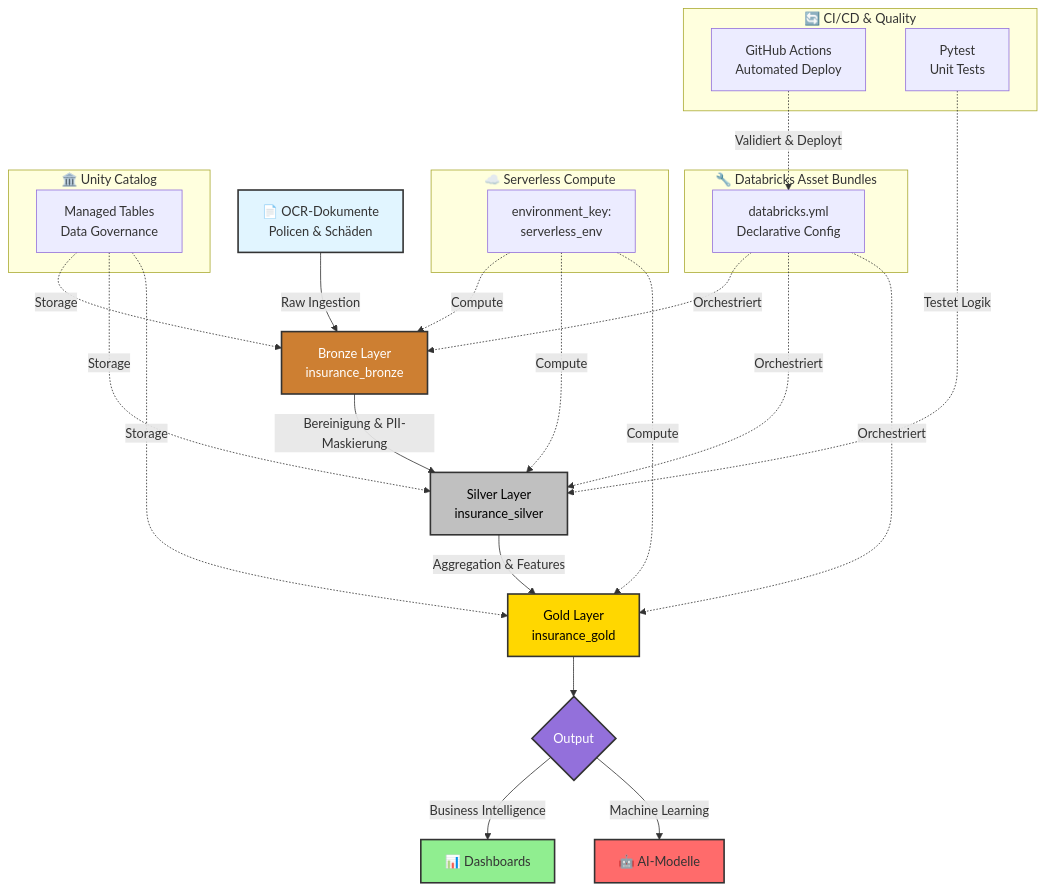
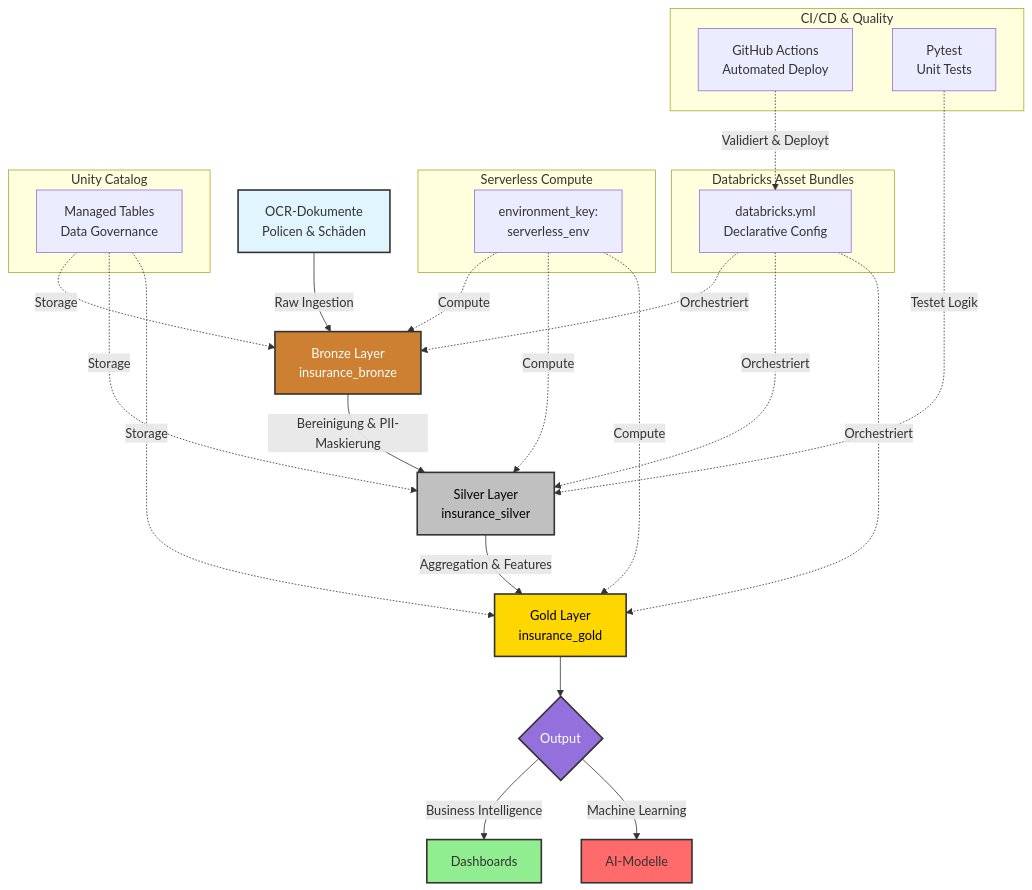
Before and after one commit to bkabiah/Databricks-Asset-Bundles-CI-CD-Pipeline-Mit-Versicherungsdaten: the diagram in README.md, drawn with Mermaid. The commit also changed other lines of this file, not shown here.

````diff
--- a/README.md
+++ b/README.md
@@ -218,47 +26,47 @@
 ```mermaid
 graph TD
-    A[📄 OCR-Dokumente<br/>Policen & Schäden] -->|Raw Ingestion| B[Bronze Layer<br/>insurance_bronze]
+    A[ OCR-Dokumente<br/>Policen & Schäden] -->|Raw Ingestion| B[Bronze Layer<br/>insurance_bronze]
     B -->|Bereinigung & PII-Maskierung| C[Silver Layer<br/>insurance_silver]
     C -->|Aggregation & Features| D[Gold Layer<br/>insurance_gold]
     D --> E{Output}
-    E -->|Business Intelligence| F[📊 Dashboards]
-    E -->|Machine Learning| G[🤖 AI-Modelle]
+    E -->|Business Intelligence| F[ Dashboards]
+    E -->|Machine Learning| G[ AI-Modelle]
     
     style A fill:#e1f5ff,stroke:#333,stroke-width:2px
     style B fill:#cd7f32,stroke:#333,stroke-width:2px,color:#fff
     style C fill:#c0c0c0,stroke:#333,stroke-width:2px,color:#000
     style D fill:#ffd700,stroke:#333,stroke-width:2px,color:#000
     style E fill:#9370db,stroke:#333,stroke-width:2px,color:#fff
     style F fill:#90ee90,stroke:#333,stroke-width:2px
     style G fill:#ff6b6b,stroke:#333,stroke-width:2px
     
-    subgraph "🔄 CI/CD & Quality"
+    subgraph " CI/CD & Quality"
         K[GitHub Actions<br/>Automated Deploy]
         L[Pytest<br/>Unit Tests]
     end
     
-    subgraph "🔧 Databricks Asset Bundles"
+    subgraph " Databricks Asset Bundles"
         H[databricks.yml<br/>Declarative Config]
     end
     
-    subgraph "☁️ Serverless Compute"
+    subgraph " Serverless Compute"
         I[environment_key:<br/>serverless_env]
     end
     
-    subgraph "🏛️ Unity Catalog"
+    subgraph "Unity Catalog"
         J[Managed Tables<br/>Data Governance]
     end
     
     H -.->|Orchestriert| B
     H -.->|Orchestriert| C
     H -.->|Orchestriert| D
     I -.->|Compute| B
     I -.->|Compute| C
     I -.->|Compute| D
     J -.->|Storage| B
     J -.->|Storage| C
     J -.->|Storage| D
     K -.->|Validiert & Deployt| H
     L -.->|Testet Logik| C
 
 ```
````
